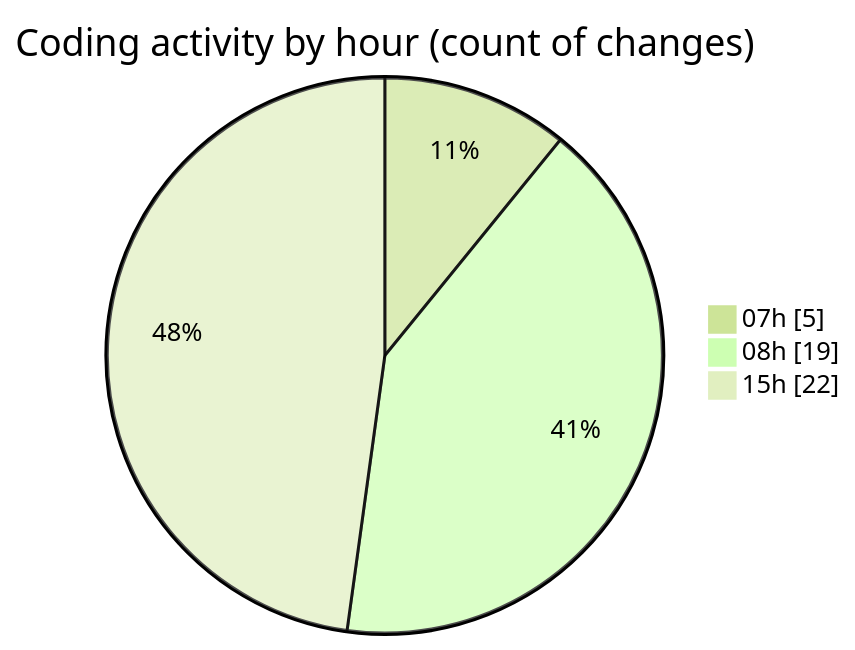
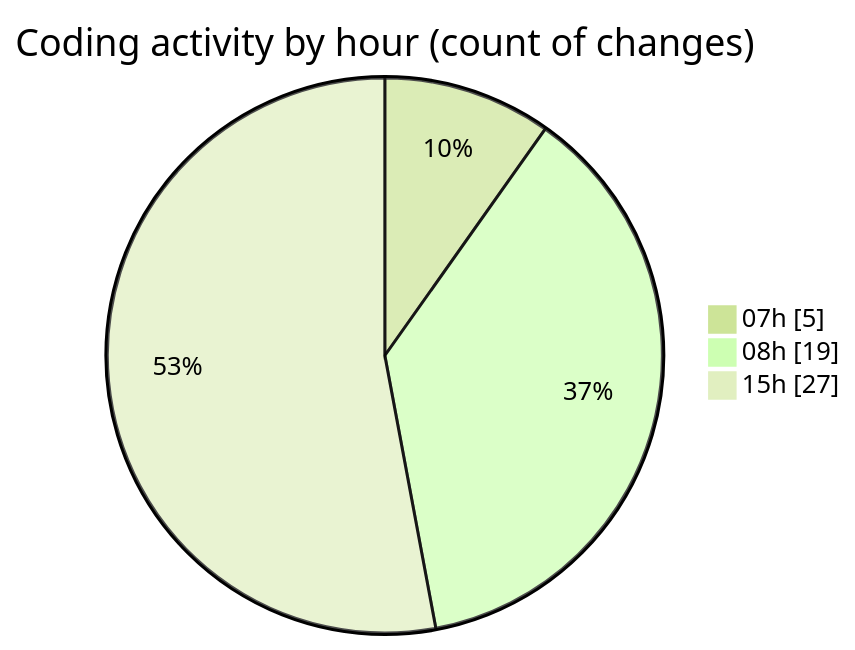
The second of 2 diagrams in 2025-02-07/mbc-web/README.md (robertbonfada/code-tracking), drawn with Mermaid (forest theme) before and after one commit. The commit also changed other lines of this file and 1 other file, not shown here.

````diff
--- a/2025-02-07/mbc-web/README.md
+++ b/2025-02-07/mbc-web/README.md
@@ -34,7 +36,7 @@
 ```mermaid
 pie showData
 title Coding activity by hour (count of changes)
 "07h" : 5
 "08h" : 19
-"15h" : 22
+"15h" : 27
 ```
````
